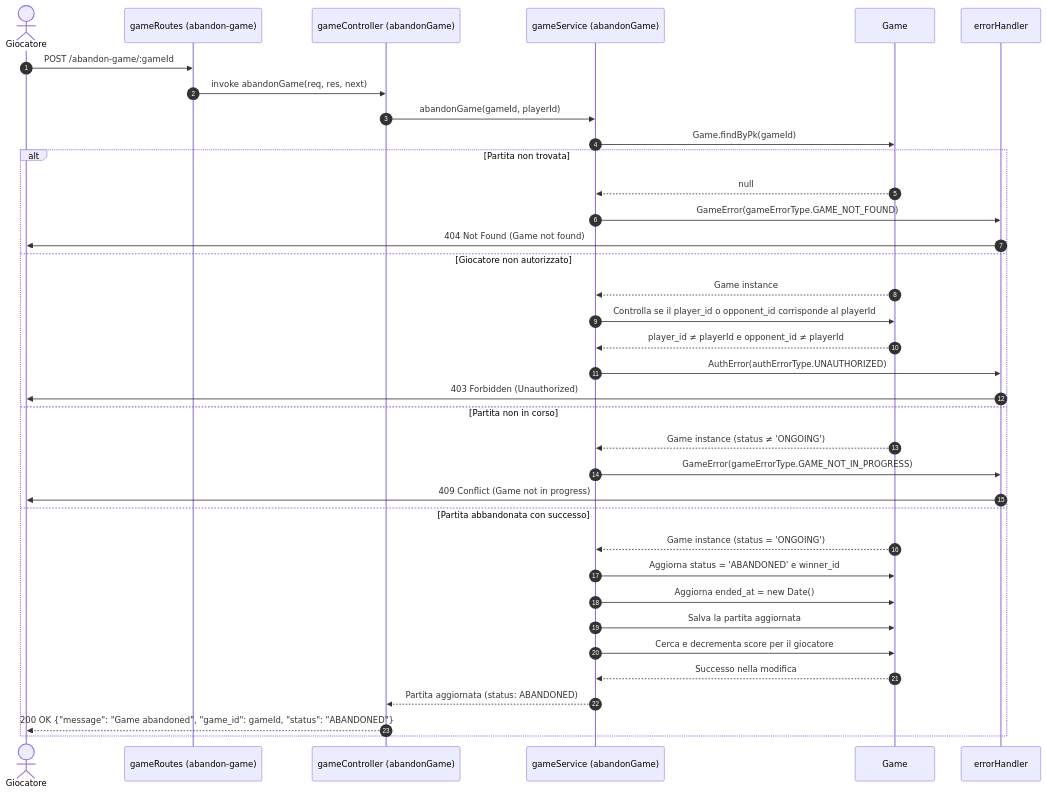
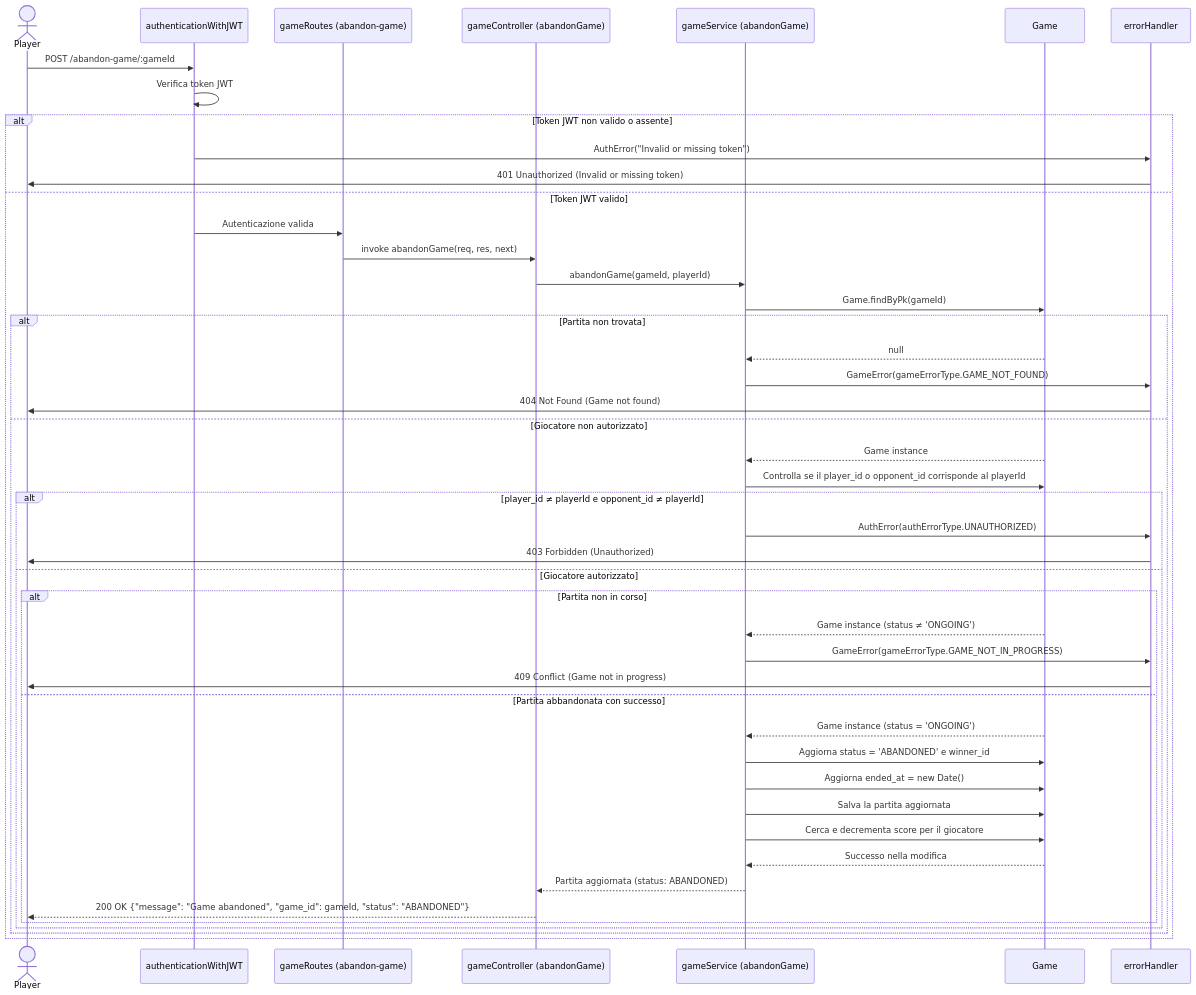
One commit to AndreaMarini01/progetto_PA changed the sixth of 12 diagrams in README.md. Above: the diagram before and after it, drawn with Mermaid. The commit also changed other lines of this file, not shown here.

Commit message:
Revisione README fino a diagramma ER

````diff
--- a/README.md
+++ b/README.md
@@ -445,47 +447,57 @@
 ```mermaid
 sequenceDiagram
-    autonumber
-    actor Giocatore as Giocatore
+    actor Player as Player
+    participant JWTAuth as authenticationWithJWT
     participant Router as gameRoutes (abandon-game)
     participant Controller as gameController (abandonGame)
     participant Service as gameService (abandonGame)
     participant Model as Game
     participant ErrorHandler as errorHandler
 
-    Giocatore ->> Router: POST /abandon-game/:gameId
-    Router ->> Controller: invoke abandonGame(req, res, next)
-    
-    Controller ->> Service: abandonGame(gameId, playerId)
-    Service ->> Model: Game.findByPk(gameId)
+    Player ->> JWTAuth: POST /abandon-game/:gameId
+    JWTAuth ->> JWTAuth: Verifica token JWT
+    alt Token JWT non valido o assente
+        JWTAuth ->> ErrorHandler: AuthError("Invalid or missing token")
+        ErrorHandler ->> Player: 401 Unauthorized (Invalid or missing token)
+    else Token JWT valido
+        JWTAuth ->> Router: Autenticazione valida
+        Router ->> Controller: invoke abandonGame(req, res, next)
 
-    alt Partita non trovata
-        Model -->> Service: null
-        Service ->> ErrorHandler: GameError(gameErrorType.GAME_NOT_FOUND)
-        ErrorHandler ->> Giocatore: 404 Not Found (Game not found)
-    
-    else Giocatore non autorizzato
-        Model -->> Service: Game instance
-        Service ->> Model: Controlla se il player_id o opponent_id corrisponde al playerId
-        Model -->> Service: player_id ≠ playerId e opponent_id ≠ playerId
-        Service ->> ErrorHandler: AuthError(authErrorType.UNAUTHORIZED)
-        ErrorHandler ->> Giocatore: 403 Forbidden (Unauthorized)
-    
-    else Partita non in corso
-        Model -->> Service: Game instance (status ≠ 'ONGOING')
-        Service ->> ErrorHandler: GameError(gameErrorType.GAME_NOT_IN_PROGRESS)
-        ErrorHandler ->> Giocatore: 409 Conflict (Game not in progress)
-    
-    else Partita abbandonata con successo
-        Model -->> Service: Game instance (status = 'ONGOING')
-        Service ->> Model: Aggiorna status = 'ABANDONED' e winner_id
-        Service ->> Model: Aggiorna ended_at = new Date()
-        Service ->> Model: Salva la partita aggiornata
+        Controller ->> Service: abandonGame(gameId, playerId)
+        Service ->> Model: Game.findByPk(gameId)
 
-        Service ->> Model: Cerca e decrementa score per il giocatore
-        Model -->> Service: Successo nella modifica
+        alt Partita non trovata
+            Model -->> Service: null
+            Service ->> ErrorHandler: GameError(gameErrorType.GAME_NOT_FOUND)
+            ErrorHandler ->> Player: 404 Not Found (Game not found)
 
-        Service -->> Controller: Partita aggiornata (status: ABANDONED)
-        Controller -->> Giocatore: 200 OK {"message": "Game abandoned", "game_id": gameId, "status": "ABANDONED"}
+        else Giocatore non autorizzato
+            Model -->> Service: Game instance
+            Service ->> Model: Controlla se il player_id o opponent_id corrisponde al playerId
+            alt player_id ≠ playerId e opponent_id ≠ playerId
+                Service ->> ErrorHandler: AuthError(authErrorType.UNAUTHORIZED)
+                ErrorHandler ->> Player: 403 Forbidden (Unauthorized)
+            else Giocatore autorizzato
+                alt Partita non in corso
+                    Model -->> Service: Game instance (status ≠ 'ONGOING')
+                    Service ->> ErrorHandler: GameError(gameErrorType.GAME_NOT_IN_PROGRESS)
+                    ErrorHandler ->> Player: 409 Conflict (Game not in progress)
+
+                else Partita abbandonata con successo
+                    Model -->> Service: Game instance (status = 'ONGOING')
+                    Service ->> Model: Aggiorna status = 'ABANDONED' e winner_id
+                    Service ->> Model: Aggiorna ended_at = new Date()
+                    Service ->> Model: Salva la partita aggiornata
+
+                    Service ->> Model: Cerca e decrementa score per il giocatore
+                    Model -->> Service: Successo nella modifica
+
+                    Service -->> Controller: Partita aggiornata (status: ABANDONED)
+                    Controller -->> Player: 200 OK {"message": "Game abandoned", "game_id": gameId, "status": "ABANDONED"}
+                end
+            end
+        end
     end
 
+
 ```
````
